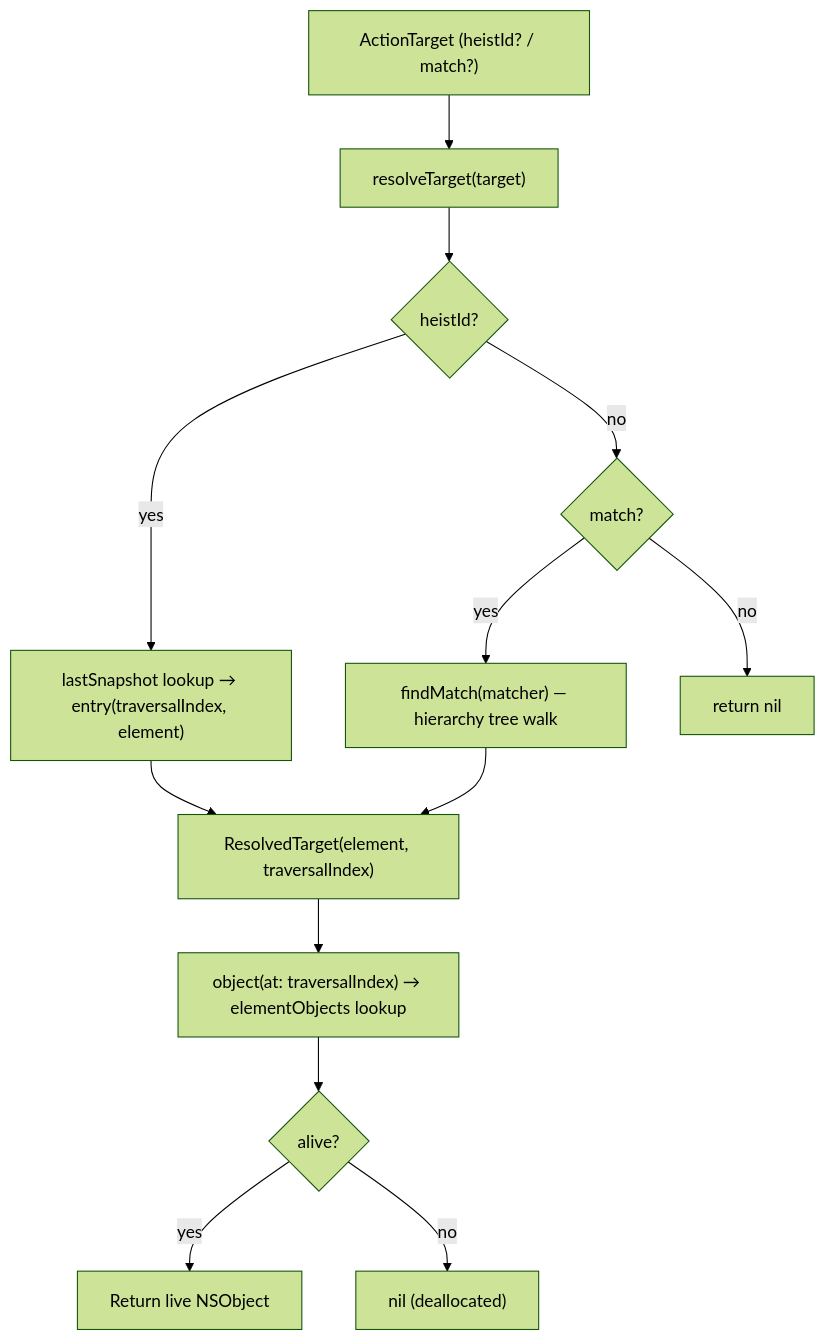
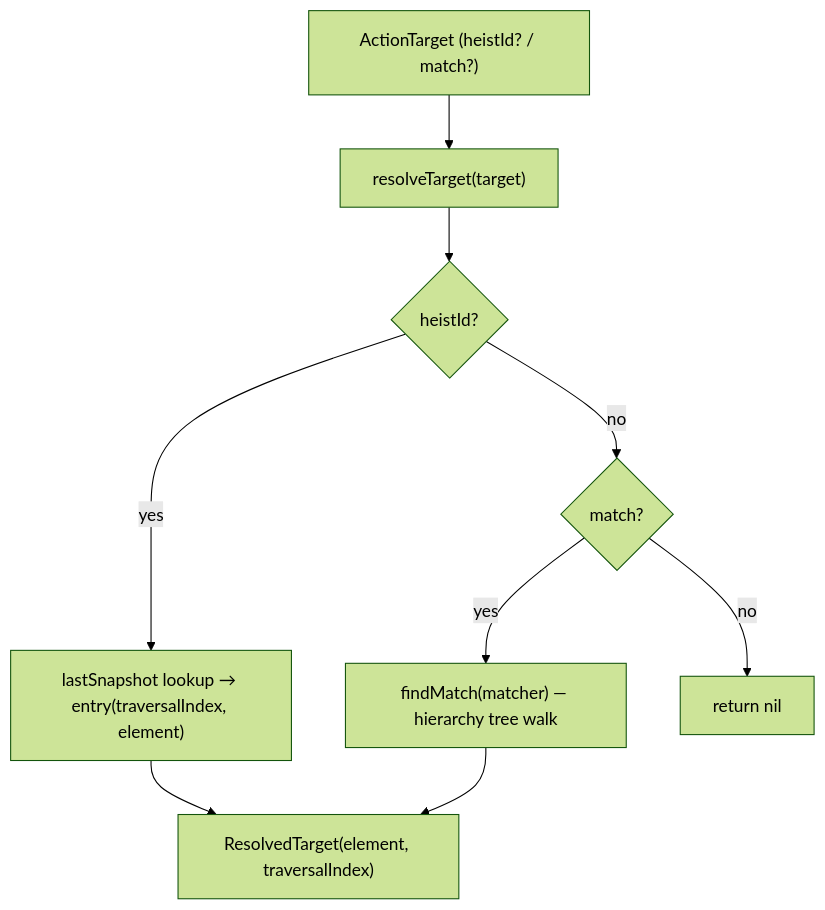
The second of 4 diagrams in docs/dossiers/13-THEBAGMAN.md (RoyalPineapple/TheButtonHeist), drawn with Mermaid (forest theme) before and after one commit. The commit also changed other lines of this file and 13 other files, not shown here.

````diff
--- a/docs/dossiers/13-THEBAGMAN.md
+++ b/docs/dossiers/13-THEBAGMAN.md
@@ -85,17 +95,12 @@
 ```mermaid
 flowchart TD
     Target["ActionTarget (heistId? / match?)"]
     Target --> ResolveTarget["resolveTarget(target)"]
     ResolveTarget --> ByHeistId{heistId?}
     ByHeistId -->|yes| SearchHeistId["lastSnapshot lookup → entry(traversalIndex, element)"]
     ByHeistId -->|no| ByMatch{match?}
     ByMatch -->|yes| FindMatch["findMatch(matcher) — hierarchy tree walk"]
     ByMatch -->|no| Nil["return nil"]
     SearchHeistId --> Result["ResolvedTarget(element, traversalIndex)"]
     FindMatch --> Result
-
-    Result --> LiveObj["object(at: traversalIndex) → elementObjects lookup"]
-    LiveObj --> Alive{alive?}
-    Alive -->|yes| Use["Return live NSObject"]
-    Alive -->|no| Stale["nil (deallocated)"]
 ```
````
